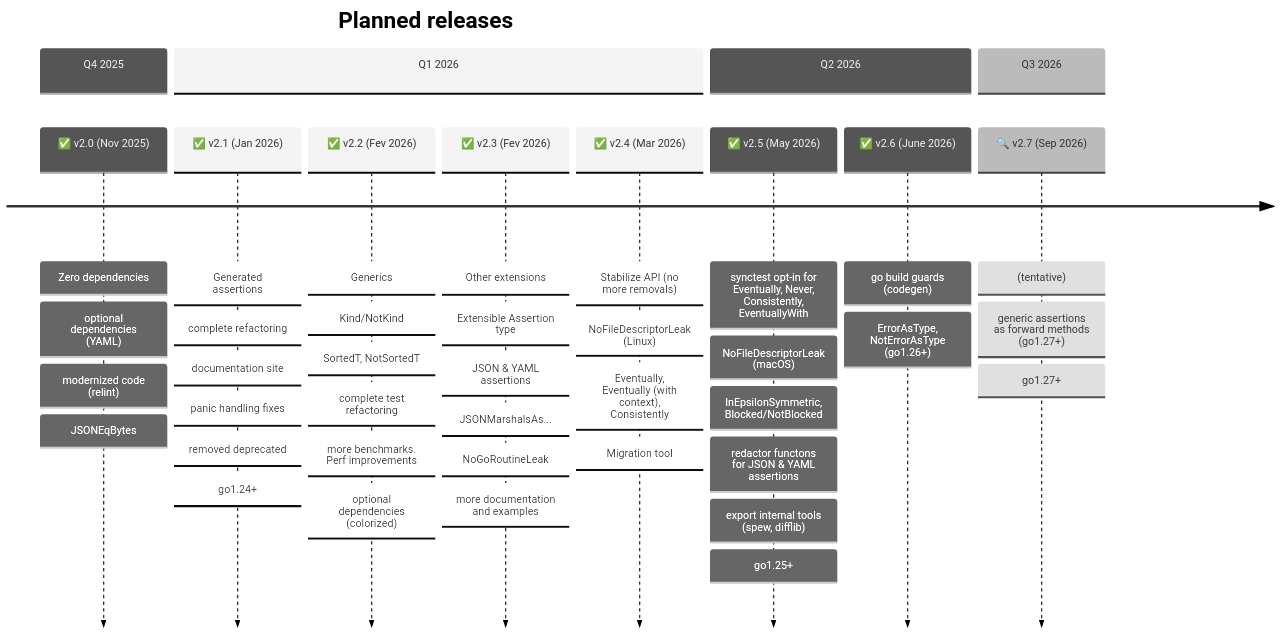
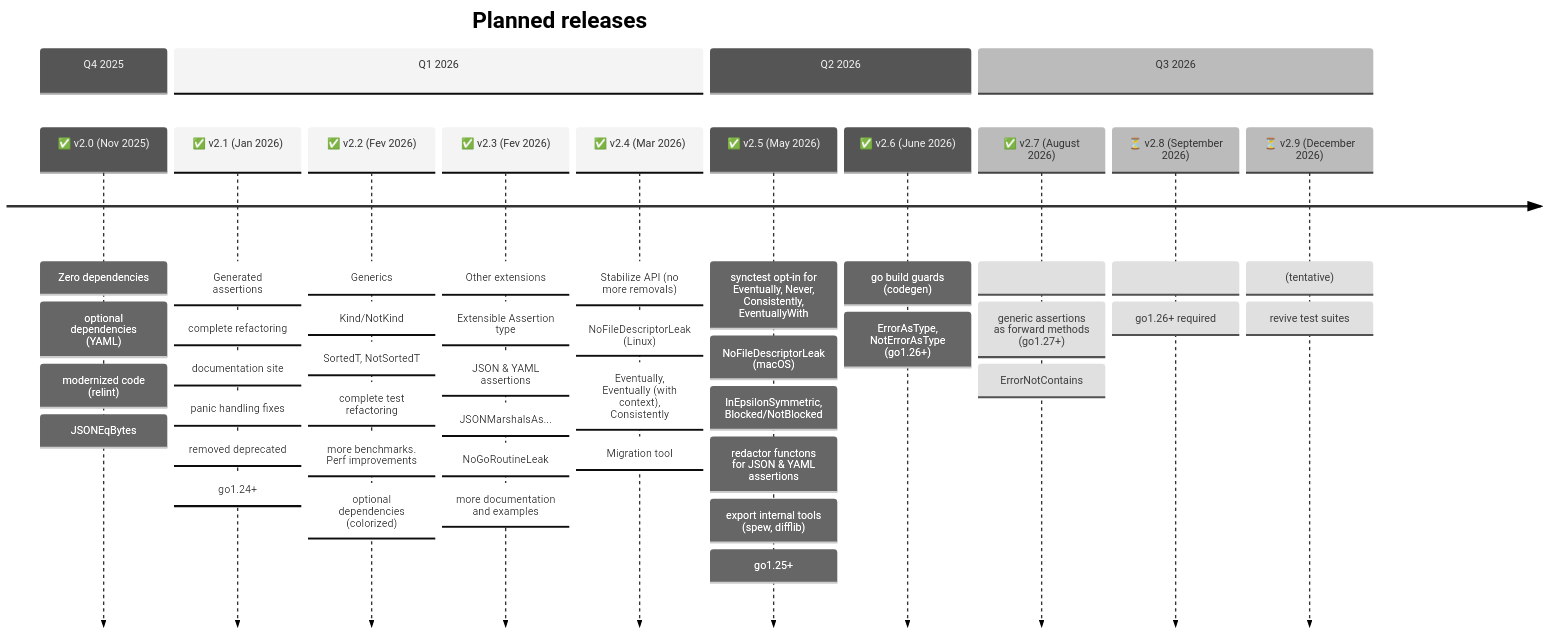
One commit to go-openapi/testify changed the diagram in docs/doc-site/project/maintainers/ROADMAP.md. Above: the diagram before and after it, drawn with Mermaid (neutral theme). The commit also changed 1 other file, not shown here.

Commit message:
doc: announce forthcoming releases & ROADMAP (#160)

```diff
--- a/docs/doc-site/project/maintainers/ROADMAP.md
+++ b/docs/doc-site/project/maintainers/ROADMAP.md
@@ -9,44 +9,48 @@
 {{< mermaid align="center" zoom="true" >}}
 timeline
     title Planned releases
     section Q4 2025
     ✅ v2.0 (Nov 2025) : Zero dependencies
                     : optional dependencies (YAML)
                     : modernized code (relint)
                     : JSONEqBytes
     section Q1 2026
     ✅ v2.1 (Jan 2026) : Generated assertions
                     : complete refactoring
                     : documentation site
                     : panic handling fixes
                     : removed deprecated
                     : go1.24+
     ✅ v2.2 (Fev 2026) : Generics
                     : Kind/NotKind
                     : SortedT, NotSortedT
                     : complete test refactoring
                     : more benchmarks. Perf improvements
                     : optional dependencies (colorized)
     ✅ v2.3 (Fev 2026) : Other extensions
                     : Extensible Assertion type
                     : JSON & YAML assertions: JSONMarshalsAs...
                     : NoGoRoutineLeak
                     : more documentation and examples
     ✅ v2.4 (Mar 2026) : Stabilize API (no more removals)
                     : NoFileDescriptorLeak (Linux)
                     : Eventually, Eventually (with context), Consistently
                     : Migration tool
     section Q2 2026
     ✅ v2.5 (May 2026) : synctest opt-in for Eventually, Never, Consistently, EventuallyWith
                     : NoFileDescriptorLeak (macOS)
                     : InEpsilonSymmetric, Blocked/NotBlocked
                     : redactor functons for JSON & YAML assertions
                     : export internal tools (spew, difflib)
                     : go1.25+
     ✅ v2.6 (June 2026) : go build guards (codegen)
                     : ErrorAsType, NotErrorAsType (go1.26+)
     section Q3 2026
-    🔍 v2.7 (Sep 2026) : (tentative)
+    ✅ v2.7 (August 2026) :
                     : generic assertions as forward methods (go1.27+)
-                    : go1.27+
+                    : ErrorNotContains
+    ⏳ v2.8 (September 2026) :
+                    : go1.26+ required
+    ⏳ v2.9 (December 2026) : (tentative)
+                    : revive test suites
 {{< /mermaid >}}
```
